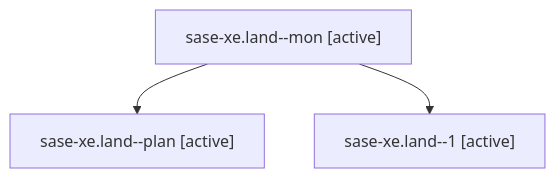
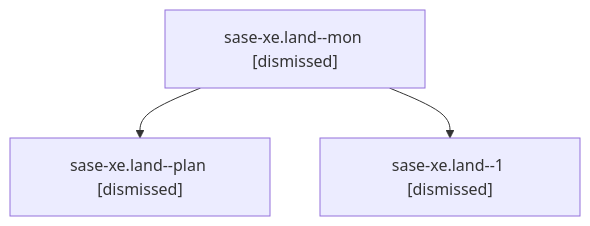
Before and after one commit to sase-org/sase--agents: the diagram in sessions/bbugyi200.athena.sase-xe.land.md, drawn with Mermaid. The commit also changed other lines of this file and 277 other files, not shown here.

````diff
--- a/sessions/bbugyi200.athena.sase-xe.land.md
+++ b/sessions/bbugyi200.athena.sase-xe.land.md
@@ -9,8 +9,8 @@
 ```mermaid
 flowchart TD
-  n0["sase-xe.land--mon [active]"]
-  n1["sase-xe.land--plan [active]"]
+  n0["sase-xe.land--mon [dismissed]"]
+  n1["sase-xe.land--plan [dismissed]"]
   n0 --> n1
-  n2["sase-xe.land--1 [active]"]
+  n2["sase-xe.land--1 [dismissed]"]
   n0 --> n2
 ```
````
